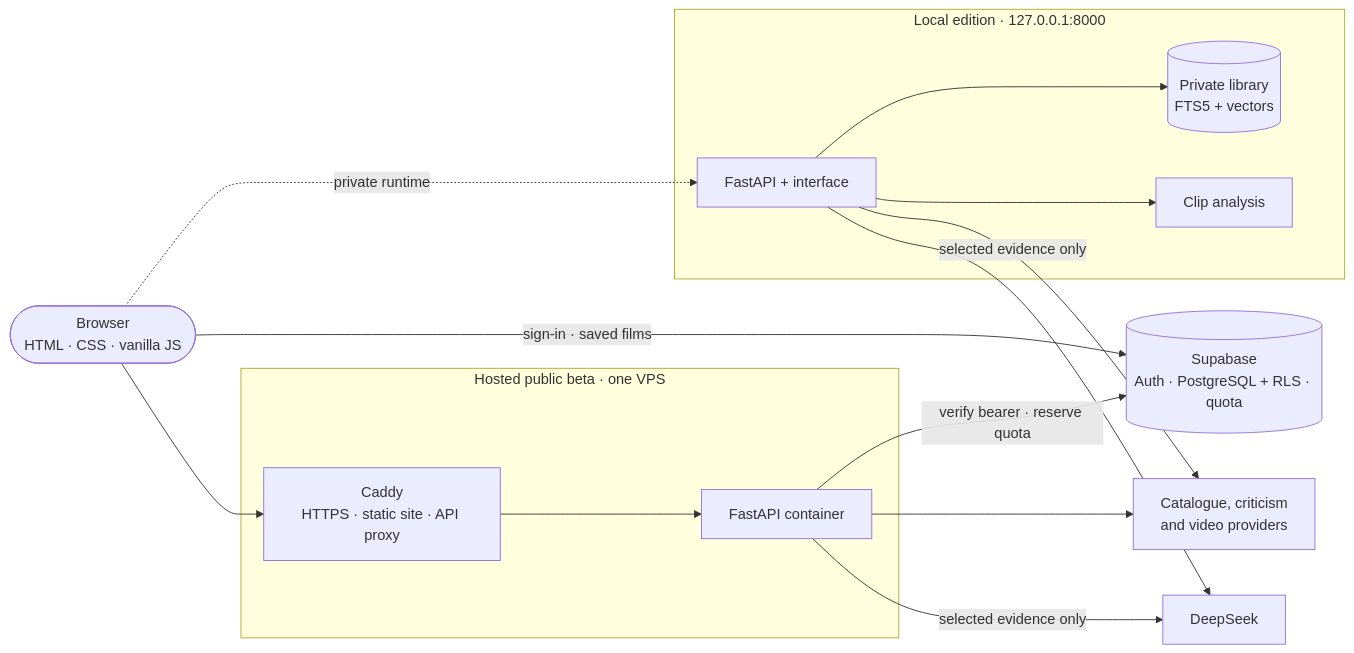
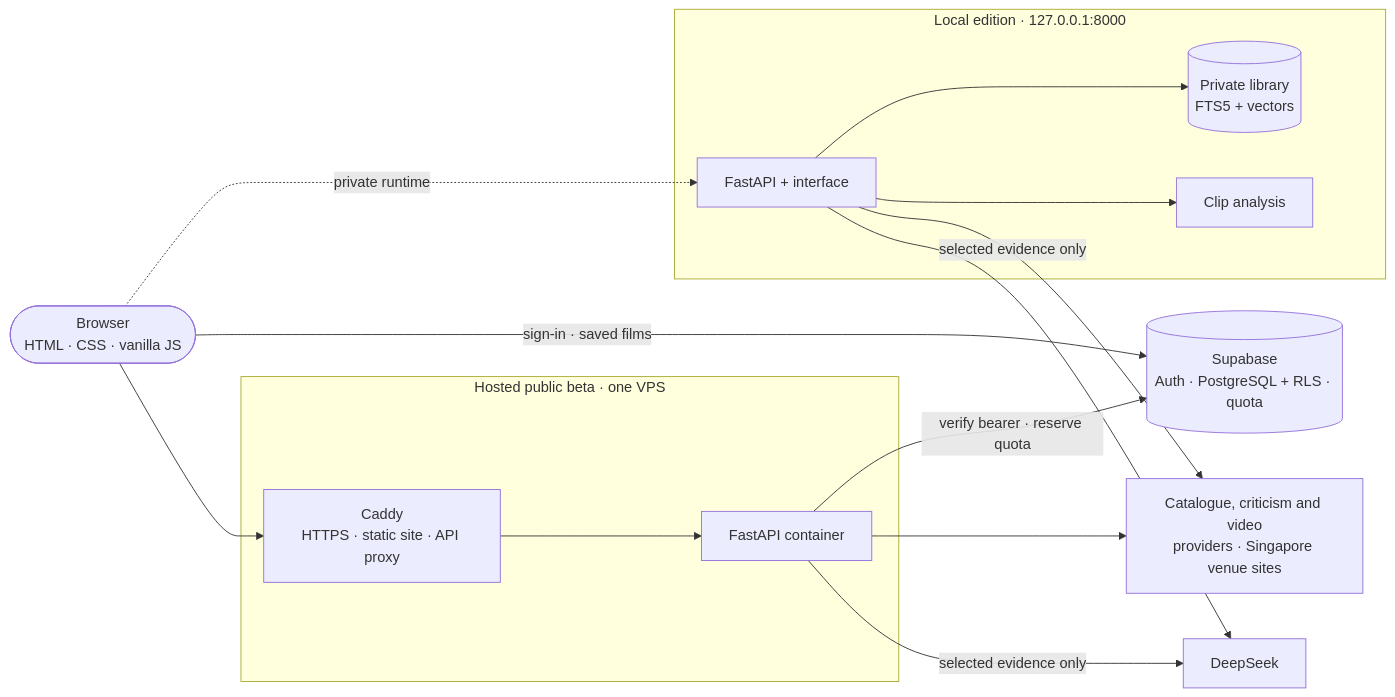
Before and after one commit to Luo-Z-Y/FirstRoll: the diagram in readme.md, drawn with Mermaid. The commit also changed other lines of this file and 44 other files, not shown here.

````diff
--- a/readme.md
+++ b/readme.md
@@ -133,22 +174,22 @@
 ```mermaid
 flowchart LR
     B(["Browser<br/>HTML · CSS · vanilla JS"])
     subgraph VPS["Hosted public beta · one VPS"]
         CADDY["Caddy<br/>HTTPS · static site · API proxy"] --> API["FastAPI container"]
     end
     subgraph LOCAL["Local edition · 127.0.0.1:8000"]
         LAPP["FastAPI + interface"] --> LIB[("Private library<br/>FTS5 + vectors")]
         LAPP --> CLIP["Clip analysis"]
     end
     SUPA[("Supabase<br/>Auth · PostgreSQL + RLS · quota")]
-    PROV["Catalogue, criticism<br/>and video providers"]
+    PROV["Catalogue, criticism and video<br/>providers · Singapore venue sites"]
     LLM["DeepSeek"]
     B --> CADDY
     B -->|"sign-in · saved films"| SUPA
     B -. "private runtime" .-> LAPP
     API -->|"verify bearer · reserve quota"| SUPA
     API --> PROV
     LAPP --> PROV
     API -->|"selected evidence only"| LLM
     LAPP -->|"selected evidence only"| LLM
 ```
````
